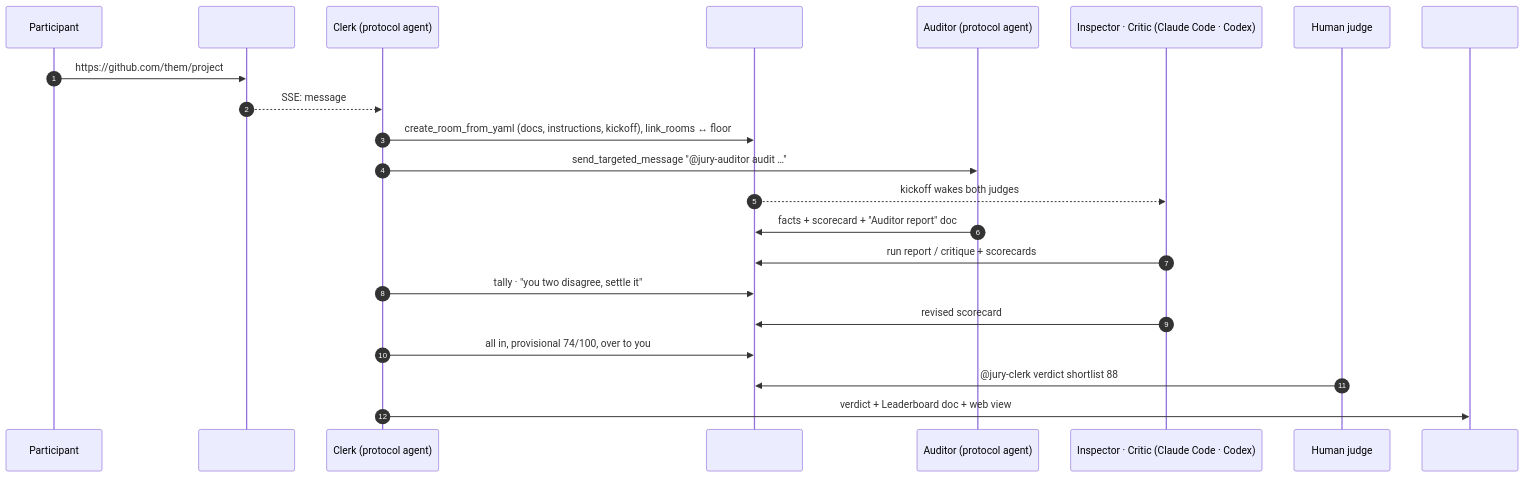
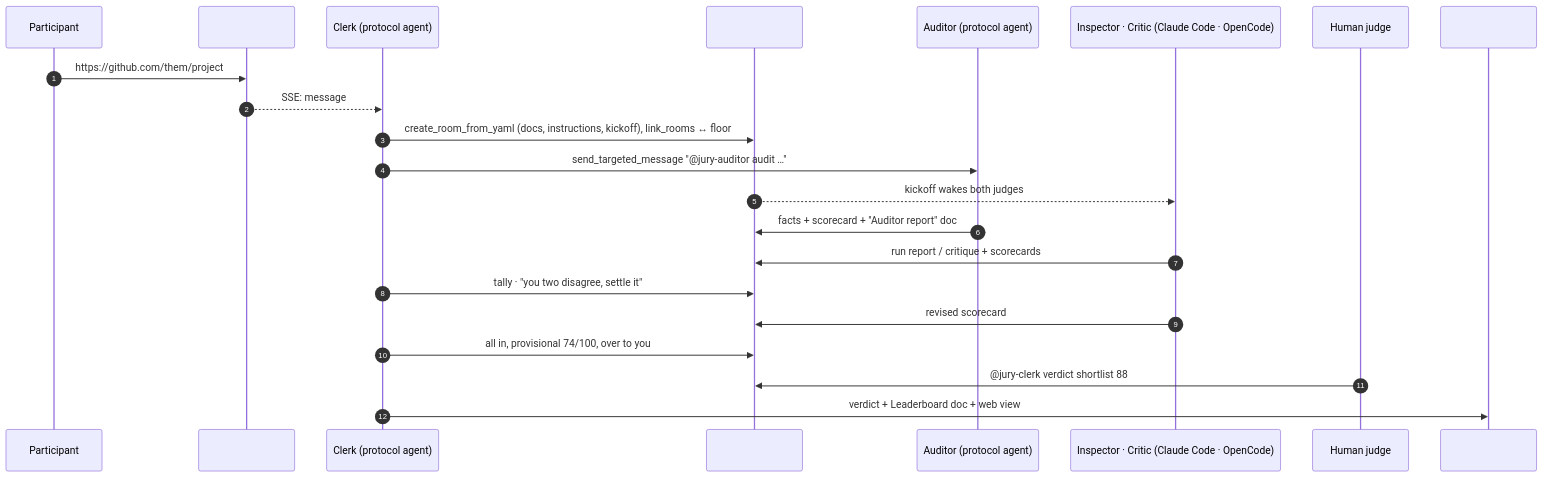
Before and after one commit to apexxx01/jury: the diagram in README.md, drawn with Mermaid. The commit also changed other lines of this file and 4 other files, not shown here.

Commit message:
Docs: Critic runs on OpenCode in the demo setup

````diff
--- a/README.md
+++ b/README.md
@@ -51,24 +51,24 @@
 ```mermaid
 sequenceDiagram
   autonumber
   participant P as Participant
   participant I as #jury-intake
   participant C as Clerk (protocol agent)
   participant R as #case-007 (new room)
   participant A as Auditor (protocol agent)
-  participant J as Inspector · Critic (Claude Code · Codex)
+  participant J as Inspector · Critic (Claude Code · OpenCode)
   participant H as Human judge
   participant F as #jury-floor
   P->>I: https://github.com/them/project
   I-->>C: SSE: message
   C->>R: create_room_from_yaml (docs, instructions, kickoff), link_rooms ↔ floor
   C->>A: send_targeted_message "@jury-auditor audit …"
   R-->>J: kickoff wakes both judges
   A->>R: facts + scorecard + "Auditor report" doc
   J->>R: run report / critique + scorecards
   C->>R: tally · "you two disagree, settle it"
   J->>R: revised scorecard
   C->>R: all in, provisional 74/100, over to you
   H->>R: @jury-clerk verdict shortlist 88
   C->>F: verdict + Leaderboard doc + web view
 ```
````
